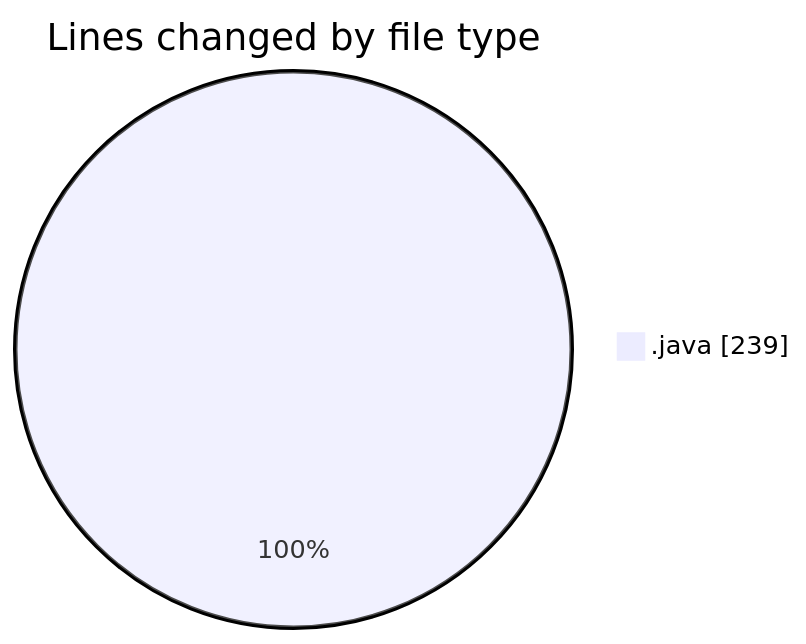
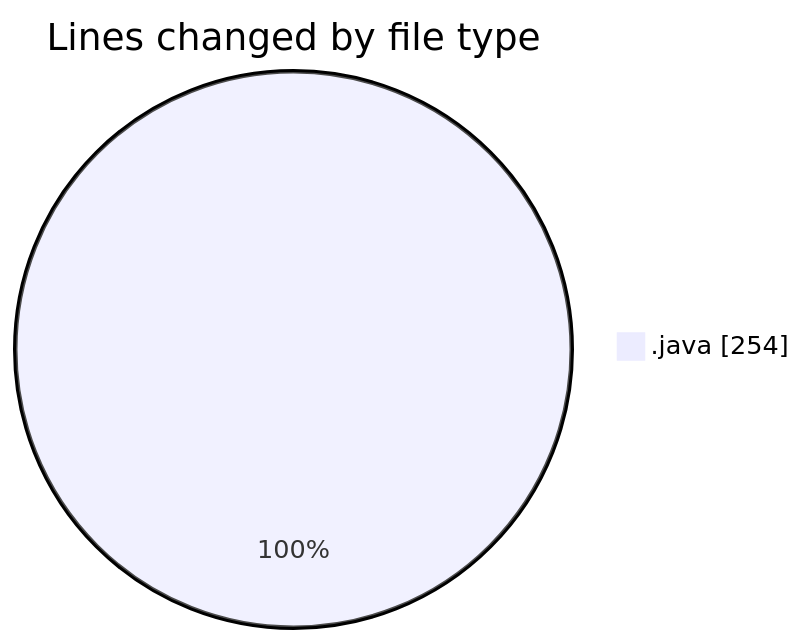
One commit to hasnaa123/code-tracking changed the first of 2 diagrams in 2026-10-25/taskforge/README.md. Above: the diagram before and after it, drawn with Mermaid. The commit also changed other lines of this file and 1 other file, not shown here.

````diff
--- a/2026-10-25/taskforge/README.md
+++ b/2026-10-25/taskforge/README.md
@@ -22,5 +23,5 @@
 ```mermaid
 pie showData
 title Lines changed by file type
-".java" : 239
+".java" : 254
 ```
````
